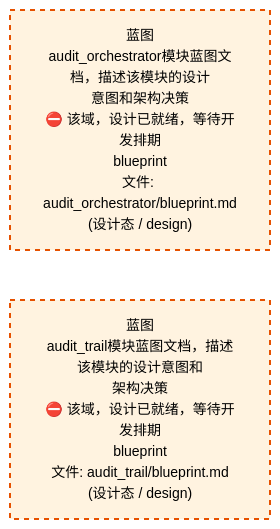
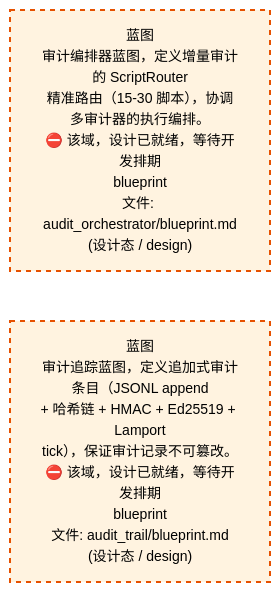
One commit to xuanFelixVan/ZephyrAlpha changed the third of 4 diagrams in docs/02_enterprise_architecture/02_domain_architecture_docs/50_d_gov_audit.md. Above: the diagram before and after it, drawn with Mermaid. The commit also changed other lines of this file and 1 other file, not shown here.

First line of the commit message:
fix(plain-zh): 手写修复 D_GOV_AUDIT 域 32 条真坏 plain_zh（读源码 docstring/代码实体）

````diff
--- a/docs/02_enterprise_architecture/02_domain_architecture_docs/50_d_gov_audit.md
+++ b/docs/02_enterprise_architecture/02_domain_architecture_docs/50_d_gov_audit.md
@@ -813,12 +813,12 @@
 ```mermaid
 %%{init: {'theme': 'base', 'themeVariables': {'primaryColor': '#eaeaea', 'primaryTextColor': '#333333', 'primaryBorderColor': '#666666', 'lineColor': '#666666', 'secondaryColor': '#eaeaea', 'tertiaryColor': '#eaeaea', 'fontSize': '14px'}}}%%
 flowchart TD
-    docs_03_modules_cross_layer_audit_orchestrator_blueprint_md["蓝图<br/>audit_orchestrator模块蓝图文档，描述该模块的设计<br/>意图和架构决策<br/>⛔ 该域，设计已就绪，等待开发排期<br/>blueprint<br/>文件: audit_orchestrator/blueprint.md<br/>(设计态 / design)"]
-    docs_03_modules_domain_governance_audit_trail_blueprint_md["蓝图<br/>audit_trail模块蓝图文档，描述该模块的设计意图和<br/>架构决策<br/>⛔ 该域，设计已就绪，等待开发排期<br/>blueprint<br/>文件: audit_trail/blueprint.md<br/>(设计态 / design)"]
+    docs_03_modules_cross_layer_audit_orchestrator_blueprint_md["蓝图<br/>审计编排器蓝图，定义增量审计的 ScriptRouter<br/>精准路由（15-30 脚本），协调多审计器的执行编排。<br/>⛔ 该域，设计已就绪，等待开发排期<br/>blueprint<br/>文件: audit_orchestrator/blueprint.md<br/>(设计态 / design)"]
+    docs_03_modules_domain_governance_audit_trail_blueprint_md["蓝图<br/>审计追踪蓝图，定义追加式审计条目（JSONL append<br/>+ 哈希链 + HMAC + Ed25519 + Lamport<br/>tick），保证审计记录不可篡改。<br/>⛔ 该域，设计已就绪，等待开发排期<br/>blueprint<br/>文件: audit_trail/blueprint.md<br/>(设计态 / design)"]
     docs_03_modules_cross_layer_audit_orchestrator_blueprint_md ~~~ docs_03_modules_domain_governance_audit_trail_blueprint_md
     classDef production fill:#e1f5fe,stroke:#01579b,stroke-width:2px,color:#000
     classDef design fill:#fff3e0,stroke:#e65100,stroke-width:2px,color:#000,stroke-dasharray: 5 5
     classDef external_prod fill:#e8f4fd,stroke:#0277bd,stroke-width:1px,color:#000
     classDef external_design fill:#fff8e7,stroke:#ef6c00,stroke-width:1px,color:#000,stroke-dasharray: 5 5
     class docs_03_modules_cross_layer_audit_orchestrator_blueprint_md,docs_03_modules_domain_governance_audit_trail_blueprint_md design
 ```
````
